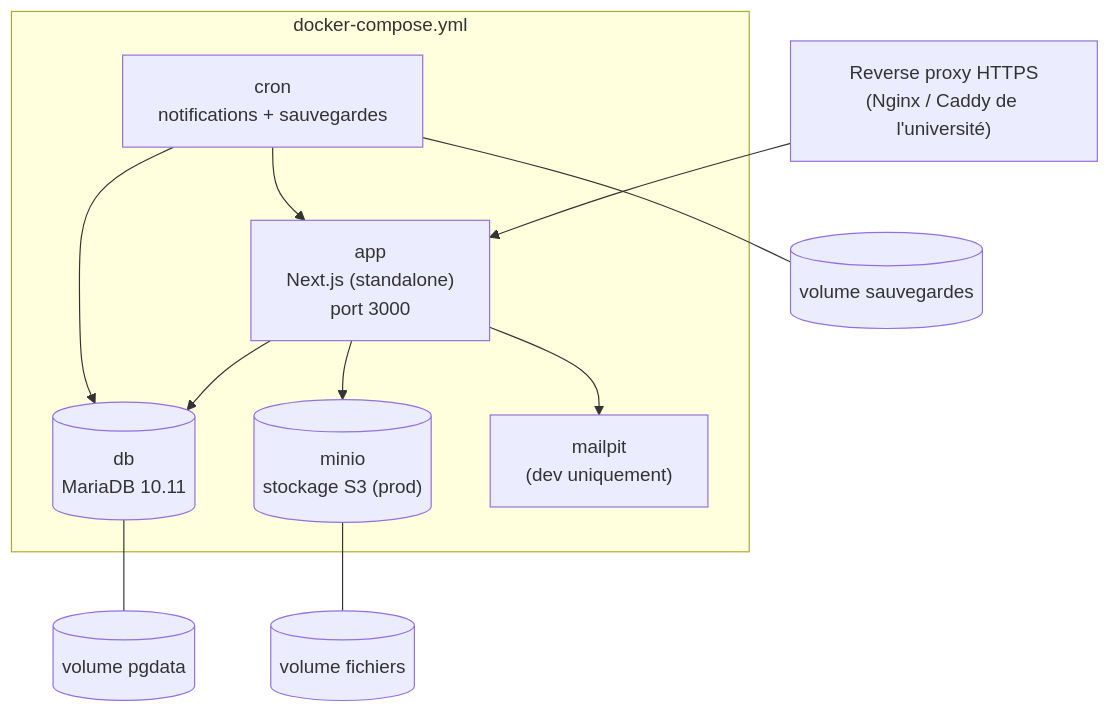
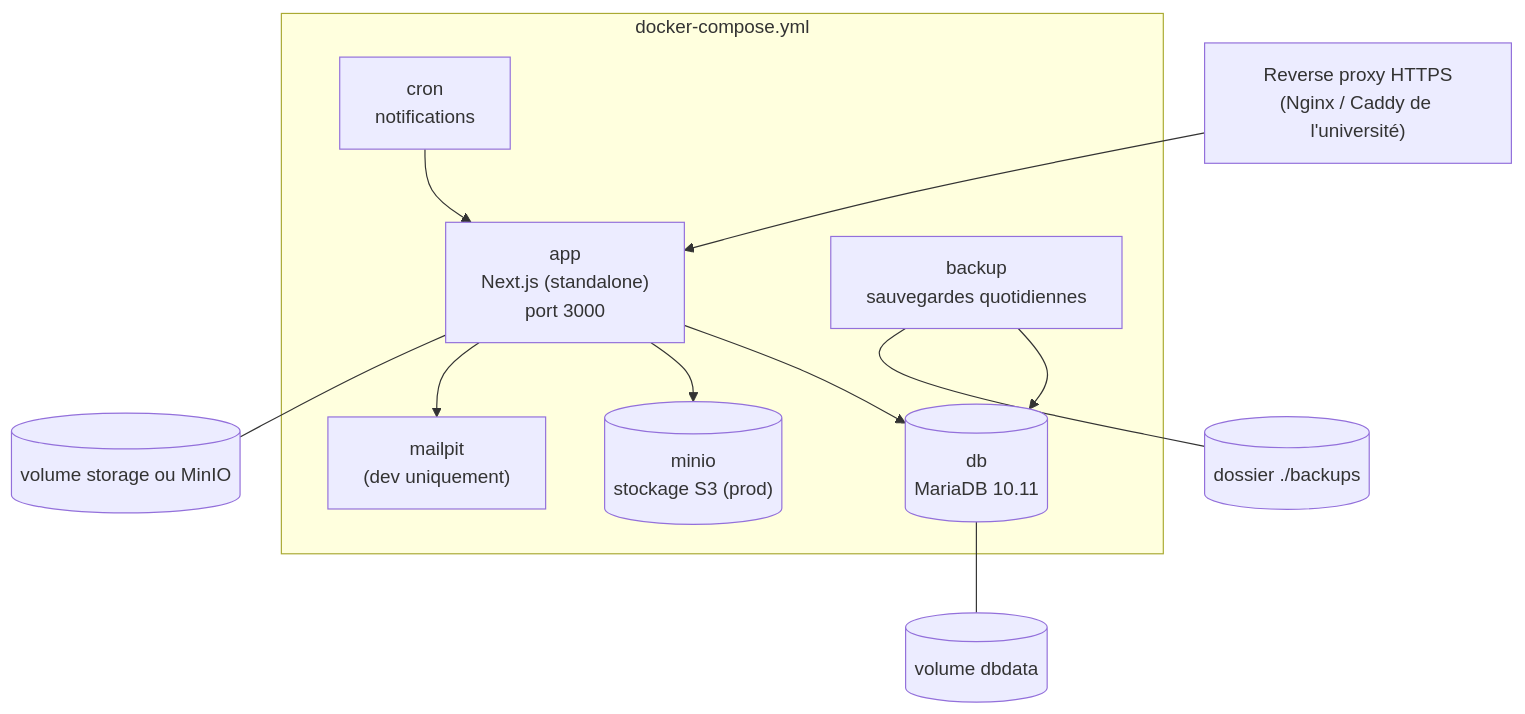
The second of 2 diagrams in docs/architecture.md (sene26/Ressources_Pedagogiques), drawn with Mermaid before and after one commit. The commit also changed other lines of this file and 28 other files, not shown here.

````diff
--- a/docs/architecture.md
+++ b/docs/architecture.md
@@ -152,19 +158,20 @@
 ```mermaid
 flowchart TB
     subgraph compose["docker-compose.yml"]
         app["app<br/>Next.js (standalone)<br/>port 3000"]
         db[("db<br/>MariaDB 10.11")]
         minio[("minio<br/>stockage S3 (prod)")]
-        cron["cron<br/>notifications + sauvegardes"]
+        cron["cron<br/>notifications"]
+        backup["backup<br/>sauvegardes quotidiennes"]
         mailpit["mailpit<br/>(dev uniquement)"]
     end
     rp["Reverse proxy HTTPS<br/>(Nginx / Caddy de l'université)"] --> app
     app --> db
     app --> minio
     app --> mailpit
     cron --> app
-    cron --> db
-    db --- vdb[(volume pgdata)]
-    minio --- vfs[(volume fichiers)]
-    cron --- vbk[(volume sauvegardes)]
+    backup --> db
+    db --- vdb[(volume dbdata)]
+    app --- vfs[(volume storage ou MinIO)]
+    backup --- vbk[(dossier ./backups)]
 ```
````
